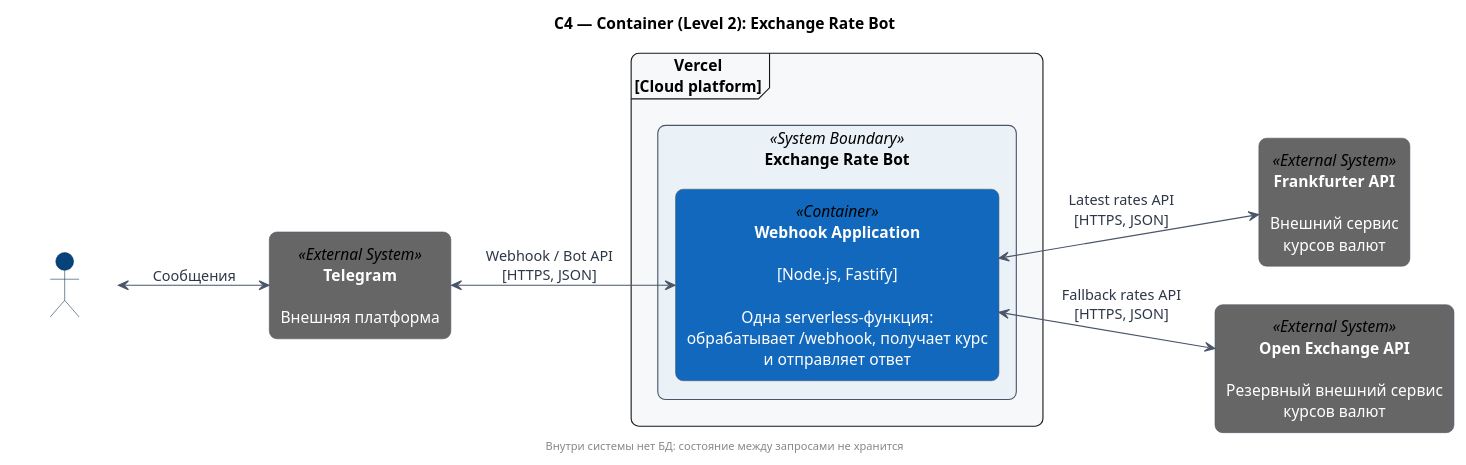
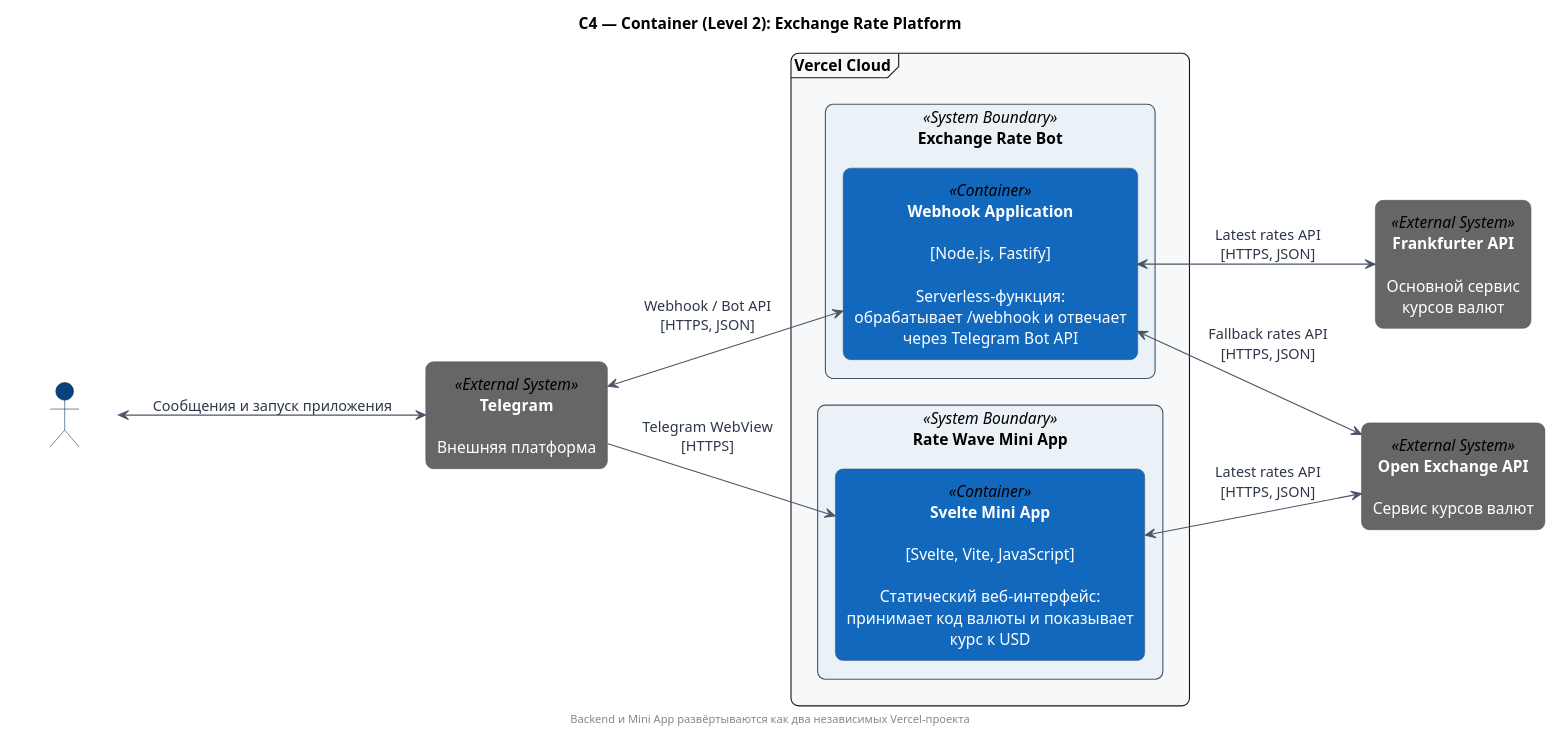
Before and after one commit to Emilo067/exchange-rate-bot: the diagram in docs/c4-container.puml, drawn with PlantUML. The commit also changed 12 other files, not shown here.

Commit message:
feat: add mini app documentation and architecture

```diff
--- a/docs/c4-container.puml
+++ b/docs/c4-container.puml
@@ -1,38 +1,44 @@
 @startuml
-title C4 — Container (Level 2): Exchange Rate Bot
+title C4 — Container (Level 2): Exchange Rate Platform
 
 left to right direction
 skinparam shadowing false
 skinparam roundCorner 14
 skinparam defaultFontName Arial
 skinparam defaultTextAlignment center
 skinparam ArrowColor #4A5568
 skinparam ArrowFontColor #2D3748
 skinparam actor {
   BackgroundColor #08427B
   BorderColor #052E56
   FontColor #FFFFFF
 }
 skinparam rectangle {
   BorderColor #4A5568
 }
 
 actor user as "Пользователь" <<Person>>
 rectangle telegram as "<color:white><b>Telegram</b></color>\n\n<color:white>Внешняя платформа</color>" <<External System>> #666666
 
-frame "Vercel\n[Cloud platform]" as vercel #F6F8FA {
+frame "Vercel Cloud" as vercel #F6F8FA {
   rectangle "Exchange Rate Bot" as bot_system <<System Boundary>> #EAF2F8 {
-    rectangle webhook_function as "<color:white><b>Webhook Application</b></color>\n\n<color:white>[Node.js, Fastify]</color>\n\n<color:white>Одна serverless-функция:</color>\n<color:white>обрабатывает /webhook, получает курс</color>\n<color:white>и отправляет ответ</color>" <<Container>> #1168BD
+    rectangle webhook_function as "<color:white><b>Webhook Application</b></color>\n\n<color:white>[Node.js, Fastify]</color>\n\n<color:white>Serverless-функция:</color>\n<color:white>обрабатывает /webhook и отвечает</color>\n<color:white>через Telegram Bot API</color>" <<Container>> #1168BD
+  }
+
+  rectangle "Rate Wave Mini App" as mini_app_system <<System Boundary>> #EAF2F8 {
+    rectangle svelte_app as "<color:white><b>Svelte Mini App</b></color>\n\n<color:white>[Svelte, Vite, JavaScript]</color>\n\n<color:white>Статический веб-интерфейс:</color>\n<color:white>принимает код валюты и показывает</color>\n<color:white>курс к USD</color>" <<Container>> #1168BD
   }
 }
 
-rectangle frankfurter as "<color:white><b>Frankfurter API</b></color>\n\n<color:white>Внешний сервис</color>\n<color:white>курсов валют</color>" <<External System>> #666666
-rectangle open_exchange as "<color:white><b>Open Exchange API</b></color>\n\n<color:white>Резервный внешний сервис</color>\n<color:white>курсов валют</color>" <<External System>> #666666
+rectangle frankfurter as "<color:white><b>Frankfurter API</b></color>\n\n<color:white>Основной сервис</color>\n<color:white>курсов валют</color>" <<External System>> #666666
+rectangle open_exchange as "<color:white><b>Open Exchange API</b></color>\n\n<color:white>Сервис курсов валют</color>" <<External System>> #666666
 
-user <--> telegram : Сообщения
+user <--> telegram : Сообщения и запуск приложения
 telegram <--> webhook_function : Webhook / Bot API\n[HTTPS, JSON]
+telegram --> svelte_app : Telegram WebView\n[HTTPS]
 webhook_function <--> frankfurter : Latest rates API\n[HTTPS, JSON]
 webhook_function <--> open_exchange : Fallback rates API\n[HTTPS, JSON]
+svelte_app <--> open_exchange : Latest rates API\n[HTTPS, JSON]
 
-footer Внутри системы нет БД: состояние между запросами не хранится
+footer Backend и Mini App развёртываются как два независимых Vercel-проекта
 @enduml
```
